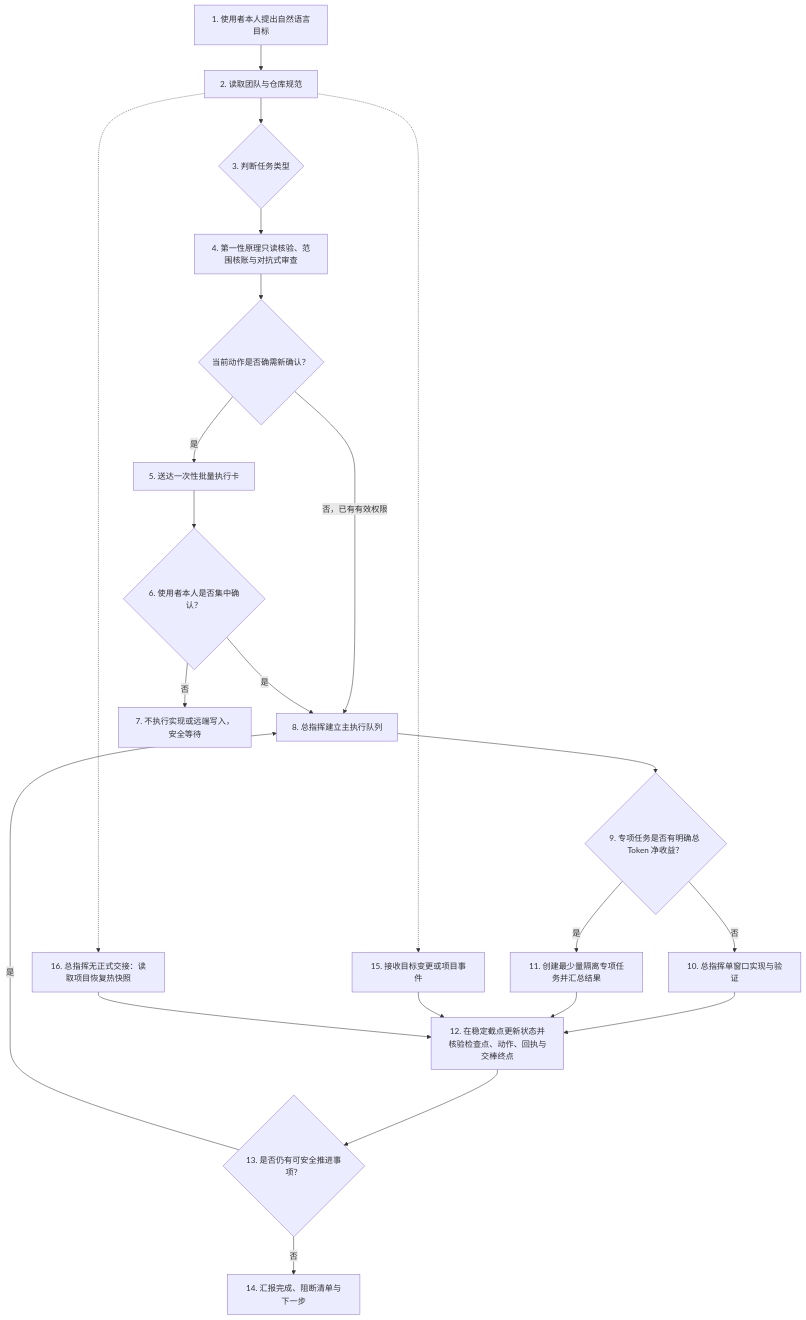
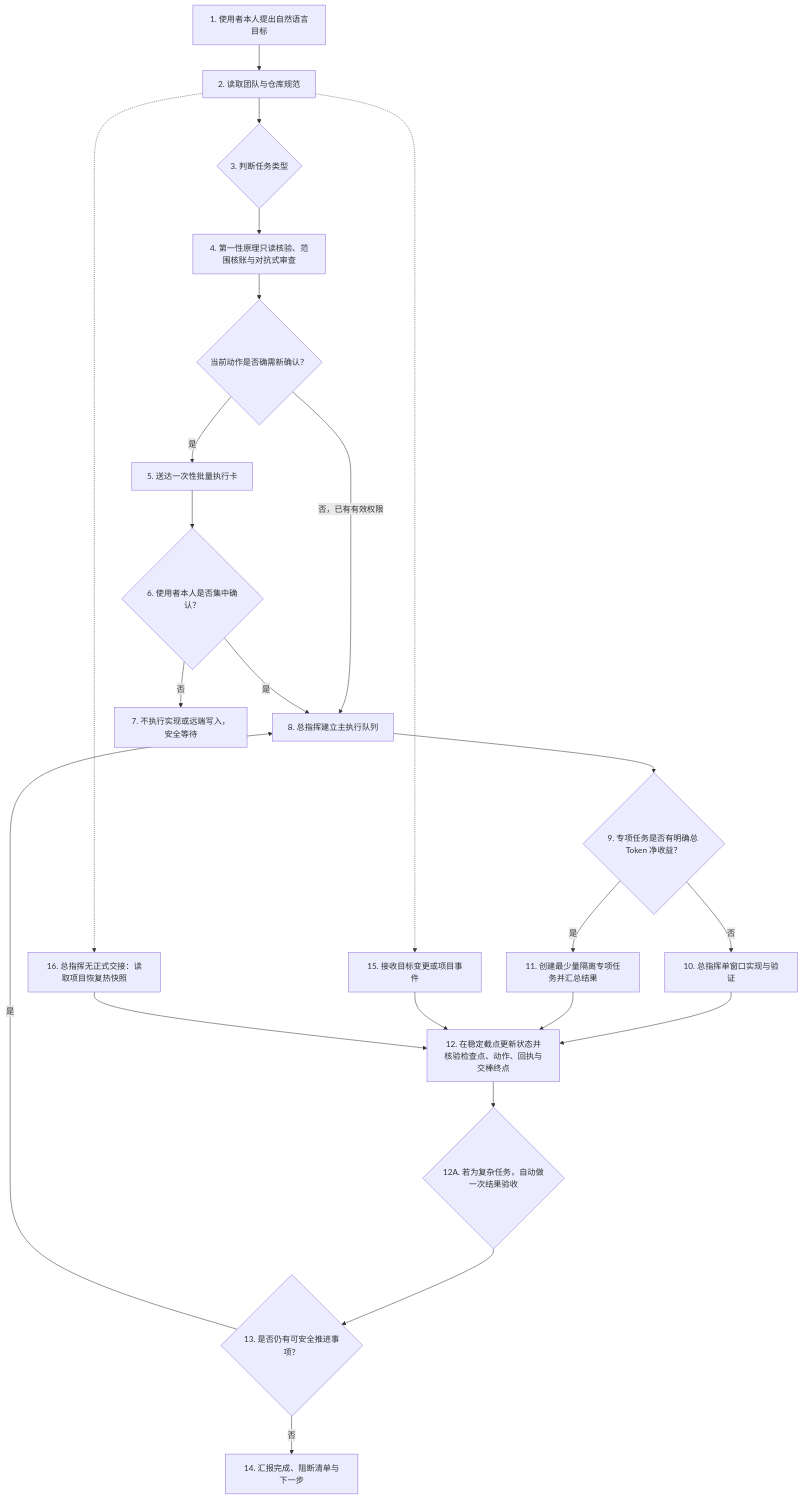
The diagram in 总指挥工作流/第二代总指挥的工作模式/00-第二代工作流总览.md (RongNianXin/codex-workflows), drawn with Mermaid before and after one commit. The commit also changed other lines of this file and 59 other files, not shown here.

````diff
--- a/总指挥工作流/第二代总指挥的工作模式/00-第二代工作流总览.md
+++ b/总指挥工作流/第二代总指挥的工作模式/00-第二代工作流总览.md
@@ -45,25 +47,26 @@
 ```mermaid
 flowchart TD
     _01["1. 使用者本人提出自然语言目标"] --> _02["2. 读取团队与仓库规范"]
     _02 --> _03{"3. 判断任务类型"}
     _03 --> _04["4. 第一性原理只读核验、范围核账与对抗式审查"]
     _04 --> _gate{"当前动作是否确需新确认？"}
     _gate -->|否，已有有效权限| _08
     _gate -->|是| _05["5. 送达一次性批量执行卡"]
     _05 --> _06{"6. 使用者本人是否集中确认？"}
     _06 -->|否| _07["7. 不执行实现或远端写入，安全等待"]
     _06 -->|是| _08["8. 总指挥建立主执行队列"]
     _08 --> _09{"9. 专项任务是否有明确总 Token 净收益？"}
     _09 -->|否| _10["10. 总指挥单窗口实现与验证"]
     _09 -->|是| _11["11. 创建最少量隔离专项任务并汇总结果"]
     _10 --> _12
     _11 --> _12
     _12["12. 在稳定截点更新状态并核验检查点、动作、回执与交棒终点"]
-    _12 --> _13{"13. 是否仍有可安全推进事项？"}
+    _12 --> _12a{"12A. 若为复杂任务，自动做一次结果验收"}
+    _12a --> _13{"13. 是否仍有可安全推进事项？"}
     _13 -->|是| _08
     _13 -->|否| _14["14. 汇报完成、阻断清单与下一步"]
     _02 -.-> _15["15. 接收目标变更或项目事件"]
     _15 --> _12
     _02 -.-> _16["16. 总指挥无正式交接：读取项目恢复热快照"]
     _16 --> _12
 ```
````
